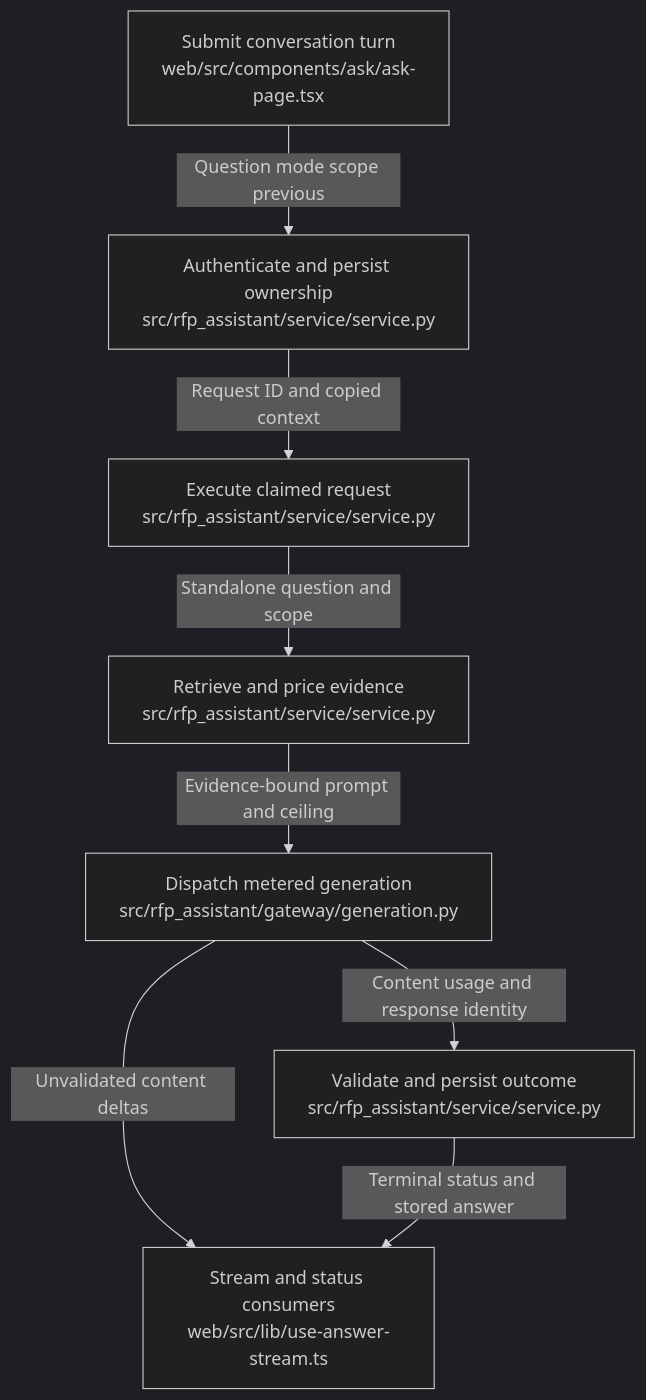
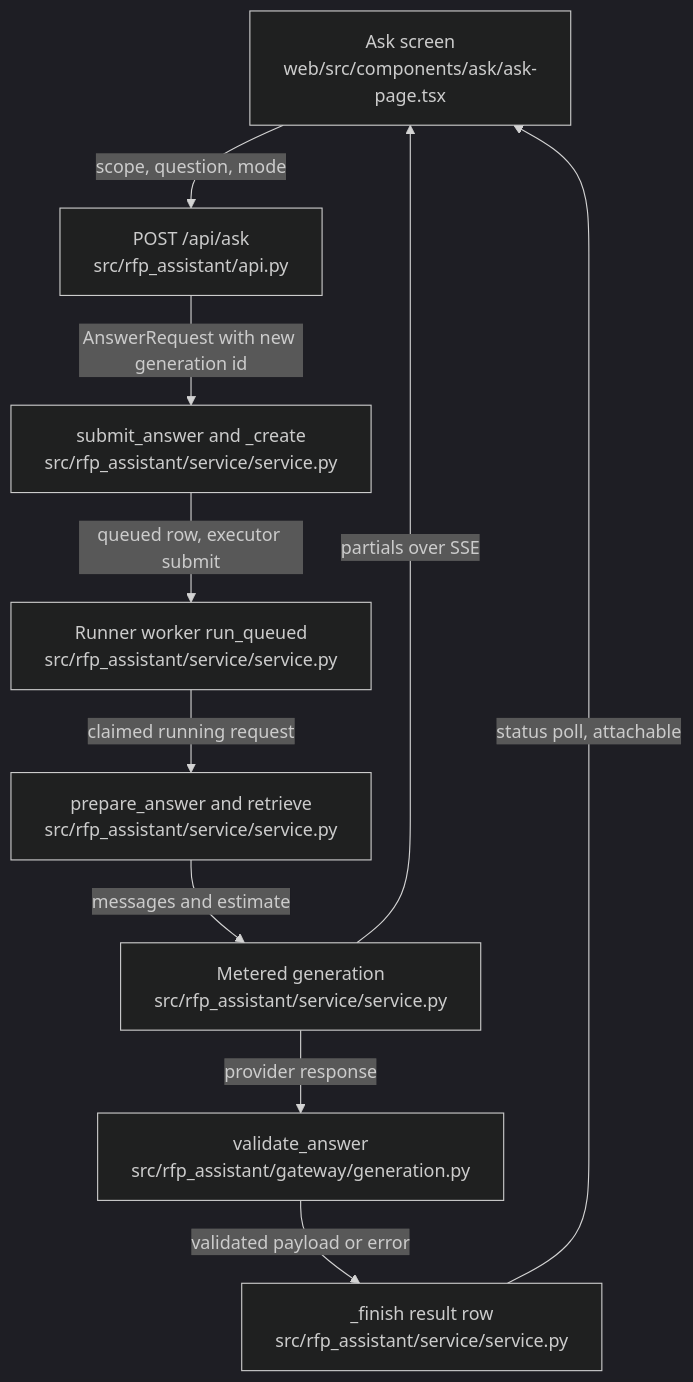
The diagram in .omm/request-lifecycle/diagram.mmd (littleeeeebit/project-codeit-mid), drawn with Mermaid (dark theme) before and after one commit. The commit also changed 522 other files, not shown here.

```diff
--- a/.omm/request-lifecycle/diagram.mmd
+++ b/.omm/request-lifecycle/diagram.mmd
@@ -1,8 +1,18 @@
 graph TD
-browser["Submit conversation turn\nweb/src/components/ask/ask-page.tsx"] -->|Question mode scope previous| admission["Authenticate and persist ownership\nsrc/rfp_assistant/service/service.py"]
-admission -->|Request ID and copied context| execution["Execute claimed request\nsrc/rfp_assistant/service/service.py"]
-execution -->|Standalone question and scope| preparation["Retrieve and price evidence\nsrc/rfp_assistant/service/service.py"]
-preparation -->|Evidence-bound prompt and ceiling| provider["Dispatch metered generation\nsrc/rfp_assistant/gateway/generation.py"]
-provider -->|Content usage and response identity| outcome["Validate and persist outcome\nsrc/rfp_assistant/service/service.py"]
-provider -->|Unvalidated content deltas| delivery["Stream and status consumers\nweb/src/lib/use-answer-stream.ts"]
-outcome -->|Terminal status and stored answer| delivery
+  ask-screen["Ask screen\nweb/src/components/ask/ask-page.tsx"]
+  ask-route["POST /api/ask\nsrc/rfp_assistant/api.py"]
+  submit-answer["submit_answer and _create\nsrc/rfp_assistant/service/service.py"]
+  runner-worker["Runner worker run_queued\nsrc/rfp_assistant/service/service.py"]
+  retrieval-step["prepare_answer and retrieve\nsrc/rfp_assistant/service/service.py"]
+  paid-call["Metered generation\nsrc/rfp_assistant/service/service.py"]
+  answer-check["validate_answer\nsrc/rfp_assistant/gateway/generation.py"]
+  finish-record["_finish result row\nsrc/rfp_assistant/service/service.py"]
+  ask-screen -->|scope, question, mode| ask-route
+  ask-route -->|AnswerRequest with new generation id| submit-answer
+  submit-answer -->|queued row, executor submit| runner-worker
+  runner-worker -->|claimed running request| retrieval-step
+  retrieval-step -->|messages and estimate| paid-call
+  paid-call -->|partials over SSE| ask-screen
+  paid-call -->|provider response| answer-check
+  answer-check -->|validated payload or error| finish-record
+  finish-record -->|status poll, attachable| ask-screen
```
